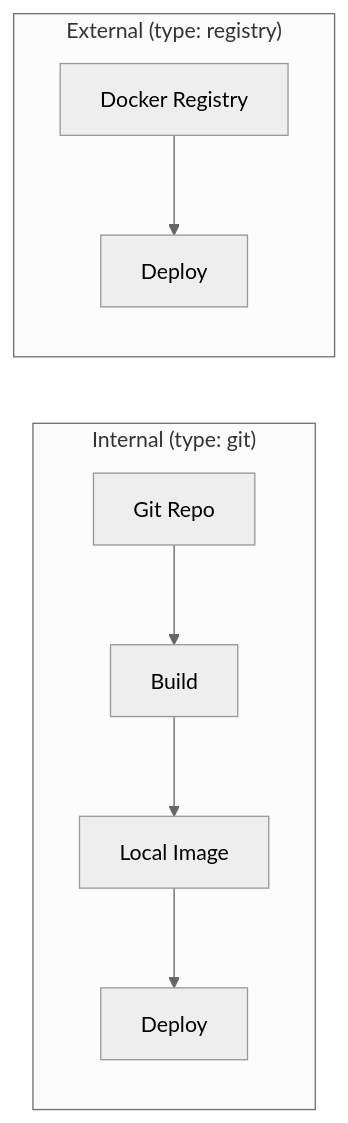
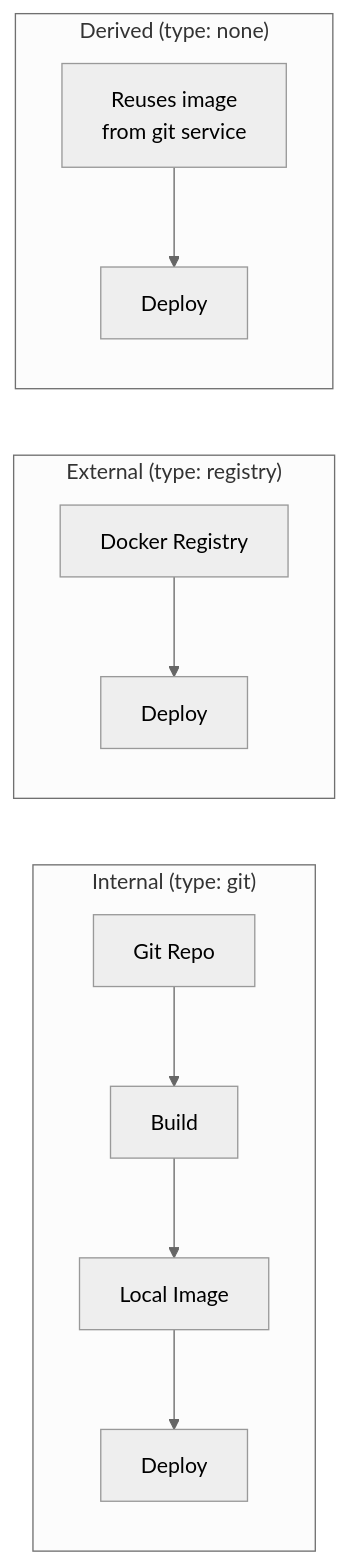
One commit to KoninMikhail/swarmcli changed the diagram in docs/01-concepts/05-services.md. Above: the diagram before and after it, drawn with Mermaid (neutral theme). The commit also changed other lines of this file and 5 other files, not shown here.

````diff
--- a/docs/01-concepts/05-services.md
+++ b/docs/01-concepts/05-services.md
@@ -9,12 +9,16 @@
 ```mermaid
 graph LR
-    subgraph "Internal (type: git)"
+    subgraph gitSvc ["Internal (type: git)"]
         G[Git Repo] --> B[Build]
         B --> I[Local Image]
         I --> D[Deploy]
     end
     
-    subgraph "External (type: registry)"
+    subgraph regSvc ["External (type: registry)"]
         R[Docker Registry] --> D2[Deploy]
     end
+
+    subgraph noneSvc ["Derived (type: none)"]
+        I2["Reuses image<br/>from git service"] --> D3[Deploy]
+    end
 ```
````
